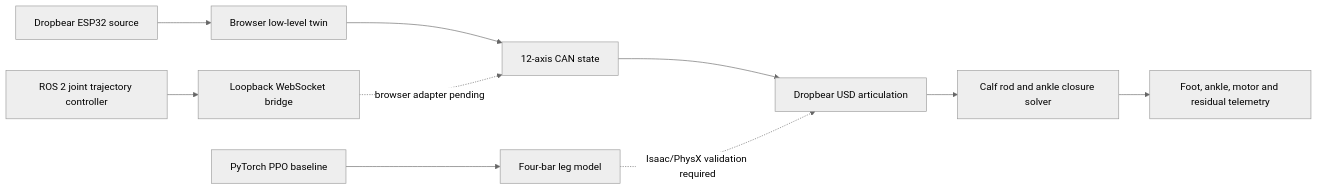
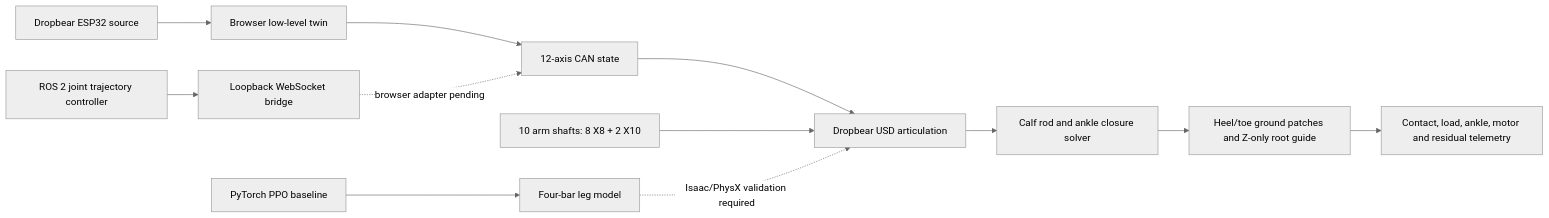
Before and after one commit to robit-man/dropbear_control: the diagram in README.md, drawn with Mermaid (neutral theme). The commit also changed other lines of this file and 14 other files, not shown here.

Commit message:
Add arm motor shafts and ground contact sensing

````diff
--- a/README.md
+++ b/README.md
@@ -62,14 +66,16 @@
 ```mermaid
 flowchart LR
     FW[Dropbear ESP32 source] --> BT[Browser low-level twin]
     BT --> CAN[12-axis CAN state]
     CAN --> USD[Dropbear USD articulation]
+    ARM[10 arm shafts: 8 X8 + 2 X10] --> USD
     USD --> CLS[Calf rod and ankle closure solver]
-    CLS --> UI[Foot, ankle, motor and residual telemetry]
+    CLS --> GND[Heel/toe ground patches and Z-only root guide]
+    GND --> UI[Contact, load, ankle, motor and residual telemetry]
 
     ROS[ROS 2 joint trajectory controller] --> WS[Loopback WebSocket bridge]
     WS -. browser adapter pending .-> CAN
 
     PPO[PyTorch PPO baseline] --> FB[Four-bar leg model]
     FB -. Isaac/PhysX validation required .-> USD
 ```
````
